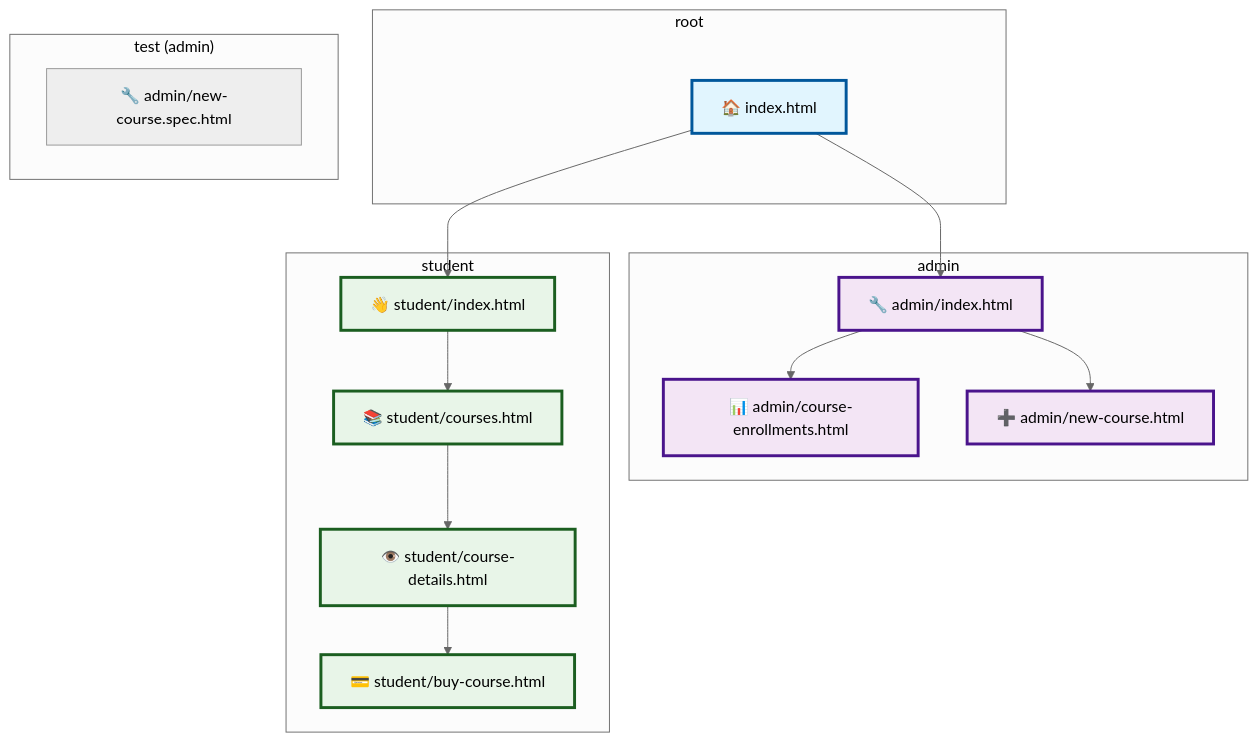
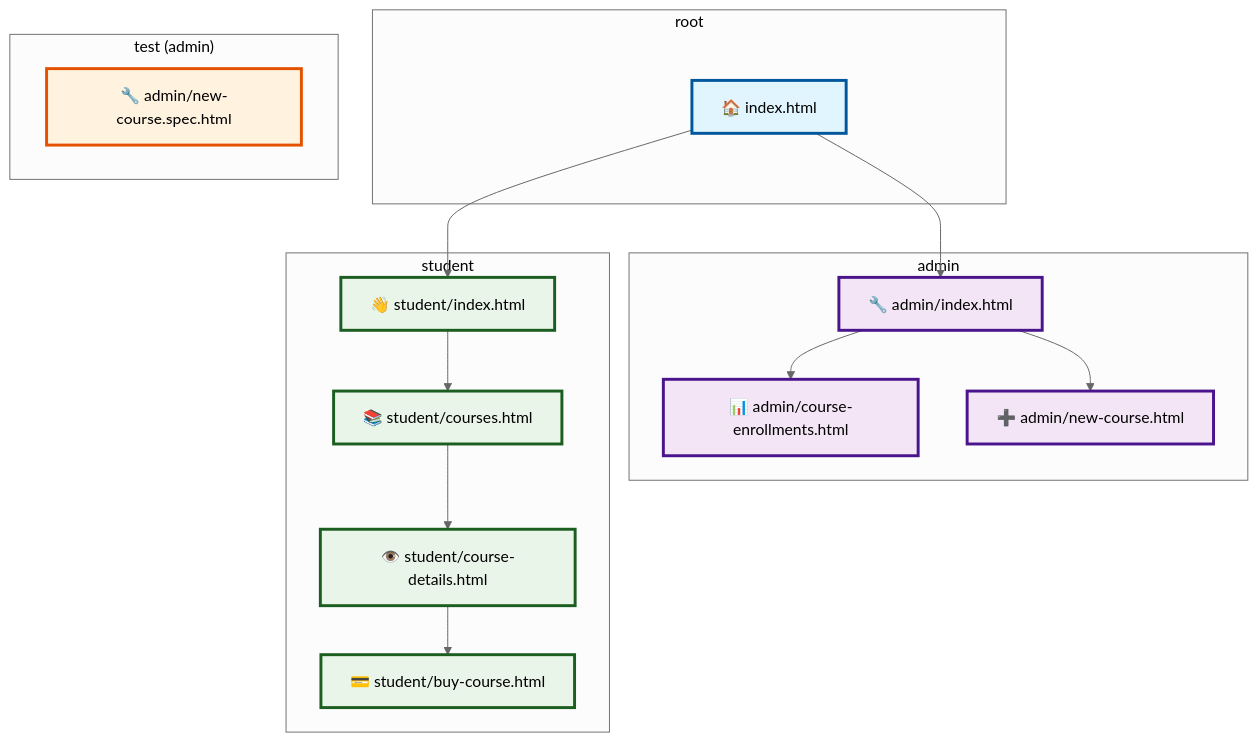
The diagram in README.md (matterattetatte/westcoast-education), drawn with Mermaid (neutral theme) before and after one commit.

Commit message:
new course spec

````diff
--- a/README.md
+++ b/README.md
@@ -37,40 +37,42 @@
 ```mermaid
 graph TD
     subgraph "root"
         index.html["🏠 index.html"]
     end
     
     subgraph "admin"
         admin/index["🔧 admin/index.html"]
         admin/enrollments["📊 admin/course-enrollments.html"]
         admin/newcourse["➕ admin/new-course.html"]
     end
 
     subgraph "test (admin)"
         admin/new-course.spec["🔧 admin/new-course.spec.html"]
     end
     
     subgraph "student"
         student/index["👋 student/index.html"]
         student/courses["📚 student/courses.html"]
         student/details["👁️ student/course-details.html"]
         student/buy["💳 student/buy-course.html"]
     end
     
     index.html --> student/index
     student/index --> student/courses
     student/courses --> student/details
     student/details --> student/buy
     
     index.html --> admin/index
     admin/index --> admin/newcourse
     admin/index --> admin/enrollments
     
     classDef root fill:#e1f5fe,stroke:#01579b,stroke-width:3px,color:#000
     classDef admin fill:#f3e5f5,stroke:#4a148c,stroke-width:3px,color:#000
     classDef student fill:#e8f5e8,stroke:#1b5e20,stroke-width:3px,color:#000
+    classDef test   fill:#fff3e0, stroke:#e65100, stroke-width:3px, color:#000 
     
     class index.html root
     class admin/index,admin/enrollments,admin/newcourse admin
     class student/index,student/courses,student/details,student/buy student
+    class admin/new-course.spec test
 ```
````
